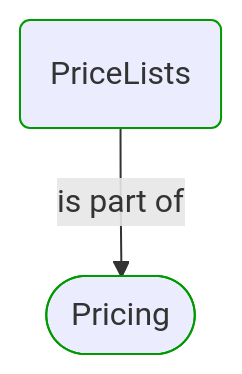
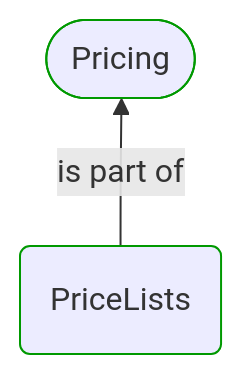
Before and after one commit to itlibrium/DDD-starter-dotnet: the first of 5 diagrams in Docs/P3/MermaidOutput/Modules/Sales/Pricing/PriceLists/PriceLists.md, drawn with Mermaid. The commit also changed other lines of this file and 174 other files, not shown here.

````diff
--- a/Docs/P3/MermaidOutput/Modules/Sales/Pricing/PriceLists/PriceLists.md
+++ b/Docs/P3/MermaidOutput/Modules/Sales/Pricing/PriceLists/PriceLists.md
@@ -20,11 +20,14 @@
 ```mermaid
   flowchart TB
-    0(PriceLists)
+    0([Pricing])
     class 0 DomainPerspective
-    1([Pricing])
+    1(PriceLists)
     class 1 DomainPerspective
-    0-->|is part of|1
+    0---1
+    1-->|is part of|0
+    1---0
+    linkStyle 0,2 stroke:none
     classDef DomainPerspective stroke:#009900
     classDef TechnologyPerspective stroke:#1F41EB
     classDef PeoplePerspective stroke:#FFF014
 ```
````
